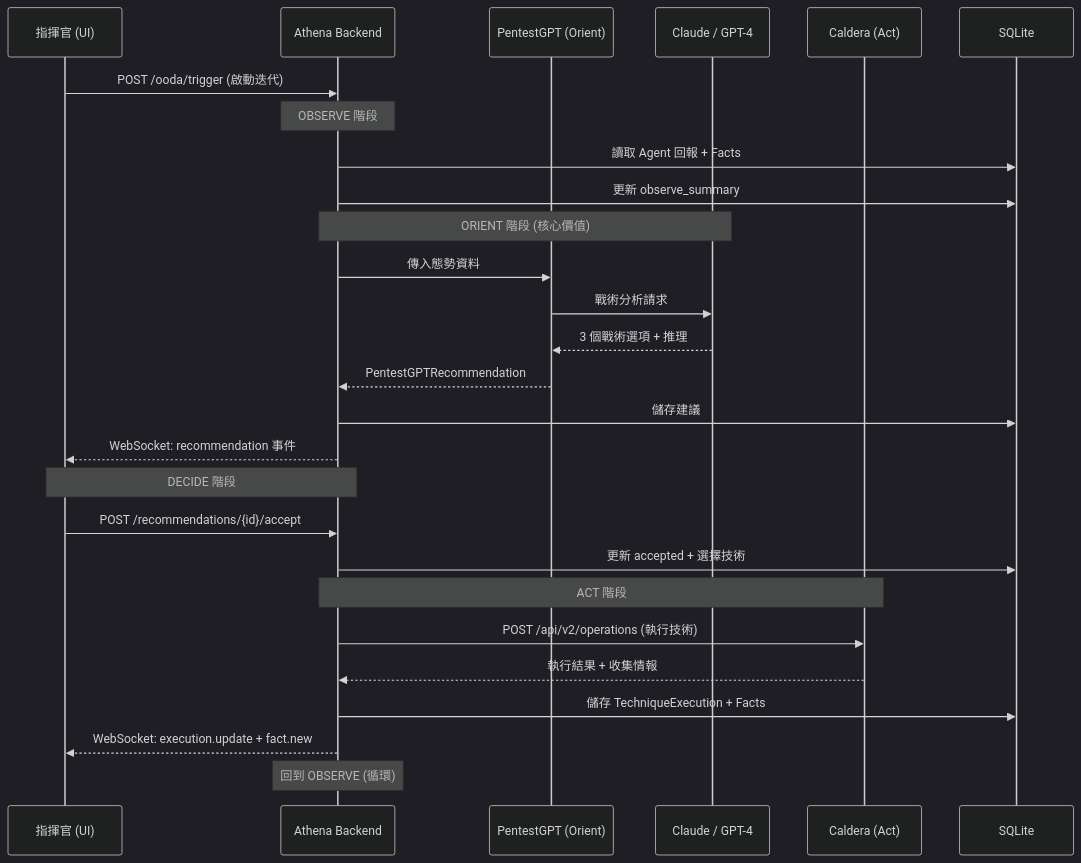
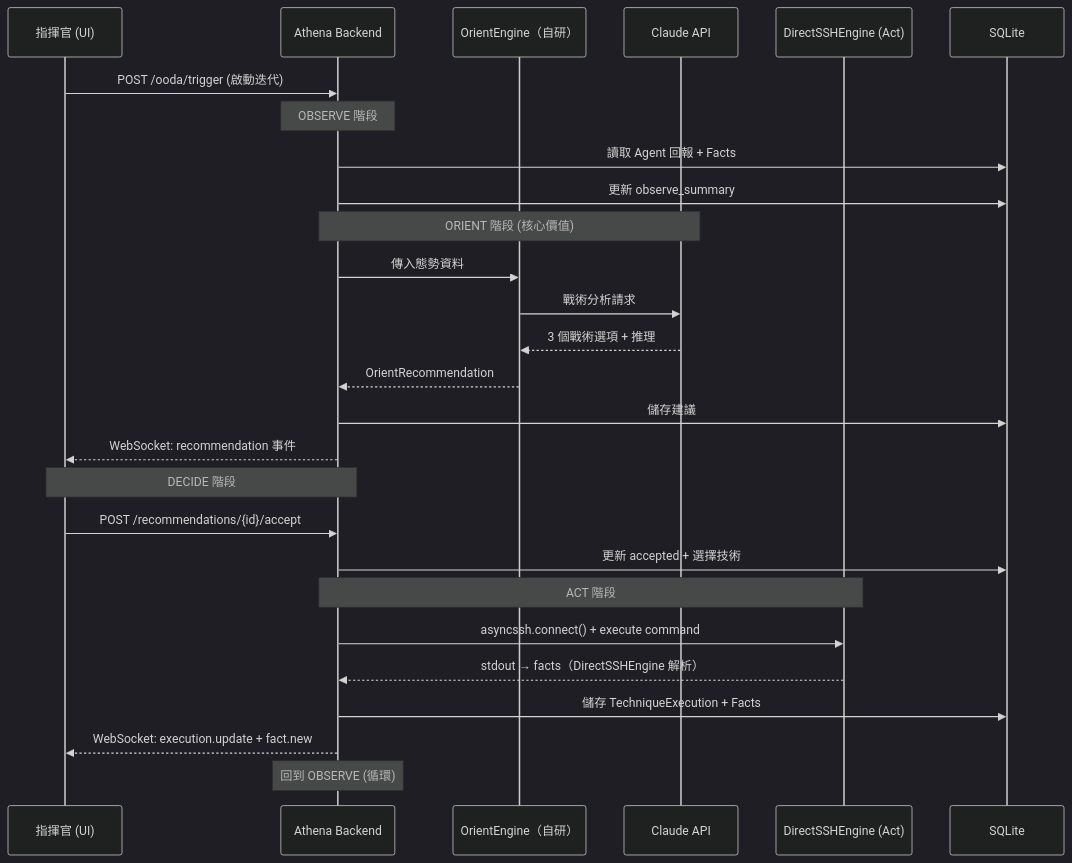
One commit to astroicers/Athena changed the third of 5 diagrams in docs/architecture.md. Above: the diagram before and after it, drawn with Mermaid (dark theme). The commit also changed other lines of this file, not shown here.

First line of the commit message:
docs: architecture.md 去識別化同步（Phase E 文件補完）

````diff
--- a/docs/architecture.md
+++ b/docs/architecture.md
@@ -154,35 +154,35 @@
 ```mermaid
 sequenceDiagram
     participant CMD as 指揮官 (UI)
     participant BE as Athena Backend
-    participant PG as PentestGPT (Orient)
-    participant LLM as Claude / GPT-4
-    participant CAL as Caldera (Act)
+    participant PG as OrientEngine（自研）
+    participant LLM as Claude API
+    participant CAL as DirectSSHEngine (Act)
     participant DB as SQLite
 
     CMD->>BE: POST /ooda/trigger (啟動迭代)
 
     Note over BE: OBSERVE 階段
     BE->>DB: 讀取 Agent 回報 + Facts
     BE->>DB: 更新 observe_summary
 
     Note over BE,LLM: ORIENT 階段 (核心價值)
     BE->>PG: 傳入態勢資料
     PG->>LLM: 戰術分析請求
     LLM-->>PG: 3 個戰術選項 + 推理
-    PG-->>BE: PentestGPTRecommendation
+    PG-->>BE: OrientRecommendation
     BE->>DB: 儲存建議
     BE-->>CMD: WebSocket: recommendation 事件
 
     Note over CMD,BE: DECIDE 階段
     CMD->>BE: POST /recommendations/{id}/accept
     BE->>DB: 更新 accepted + 選擇技術
 
     Note over BE,CAL: ACT 階段
-    BE->>CAL: POST /api/v2/operations (執行技術)
-    CAL-->>BE: 執行結果 + 收集情報
+    BE->>CAL: asyncssh.connect() + execute command
+    CAL-->>BE: stdout → facts（DirectSSHEngine 解析）
     BE->>DB: 儲存 TechniqueExecution + Facts
     BE-->>CMD: WebSocket: execution.update + fact.new
 
     Note over BE: 回到 OBSERVE (循環)
 ```
````
